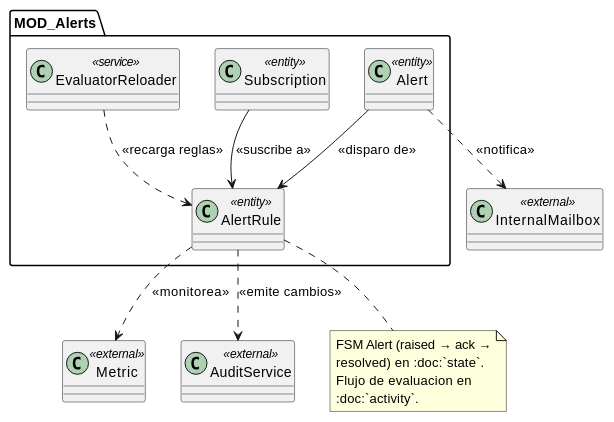
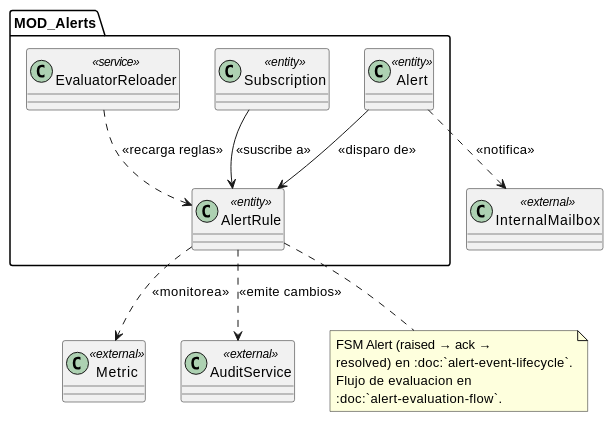
The diagram in source/arquitectura-tecnica/design-view/alerts/index.rst (jcg-admin/IACT-docs), drawn with PlantUML before and after one commit. The commit also changed other lines of this file and 97 other files, not shown here.

```diff
--- a/source/arquitectura-tecnica/design-view/alerts/index.rst
+++ b/source/arquitectura-tecnica/design-view/alerts/index.rst
@@ -33,33 +33,33 @@
 .. uml::
  :caption: MOD_Alerts — AlertRule + Alert + Subscription.
-           Detalle de Threshold, Hook, repos en :doc:`class`.
+           Detalle de Threshold, Hook, repos en :doc:`bounded-context`.
 
  @startuml
 
  package "MOD_Alerts" {
    class AlertRule <<entity>>
    class Alert <<entity>>
    class Subscription <<entity>>
    class EvaluatorReloader <<service>>
  }
 
  class Metric <<external>>
  class InternalMailbox <<external>>
  class AuditService <<external>>
 
  AlertRule ..> Metric : <<monitorea>>
  Alert --> AlertRule : <<disparo de>>
  Subscription --> AlertRule : <<suscribe a>>
  EvaluatorReloader ..> AlertRule : <<recarga reglas>>
 
  Alert ..> InternalMailbox : <<notifica>>
  AlertRule ..> AuditService : <<emite cambios>>
 
  note bottom of AlertRule
    FSM Alert (raised → ack →
-   resolved) en :doc:`state`.
+   resolved) en :doc:`alert-event-lifecycle`.
    Flujo de evaluacion en
-   :doc:`activity`.
+   :doc:`alert-evaluation-flow`.
  end note
 
  @enduml
```
